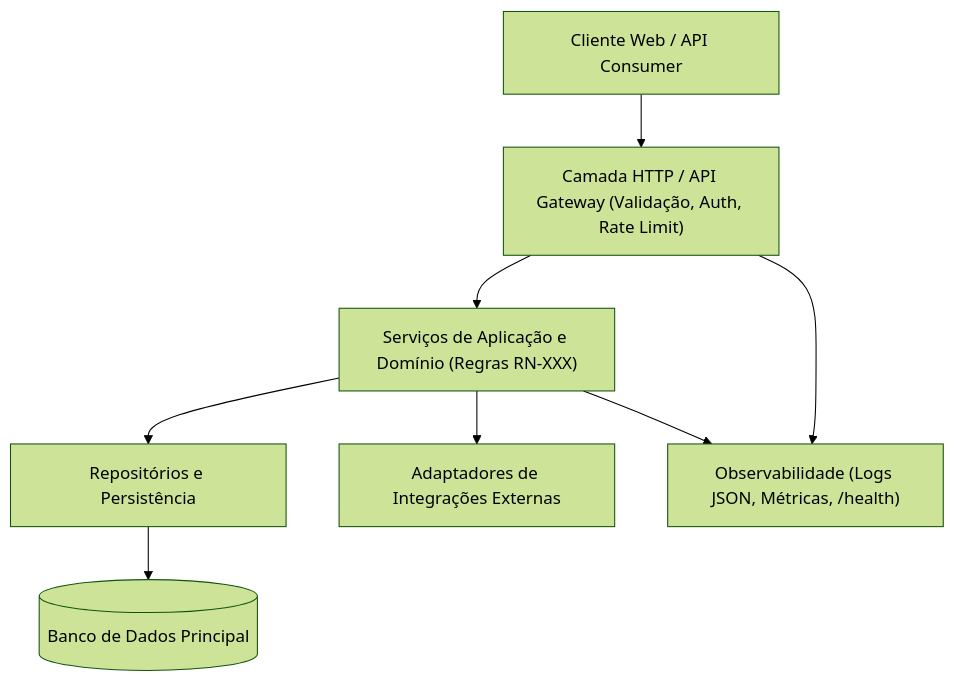
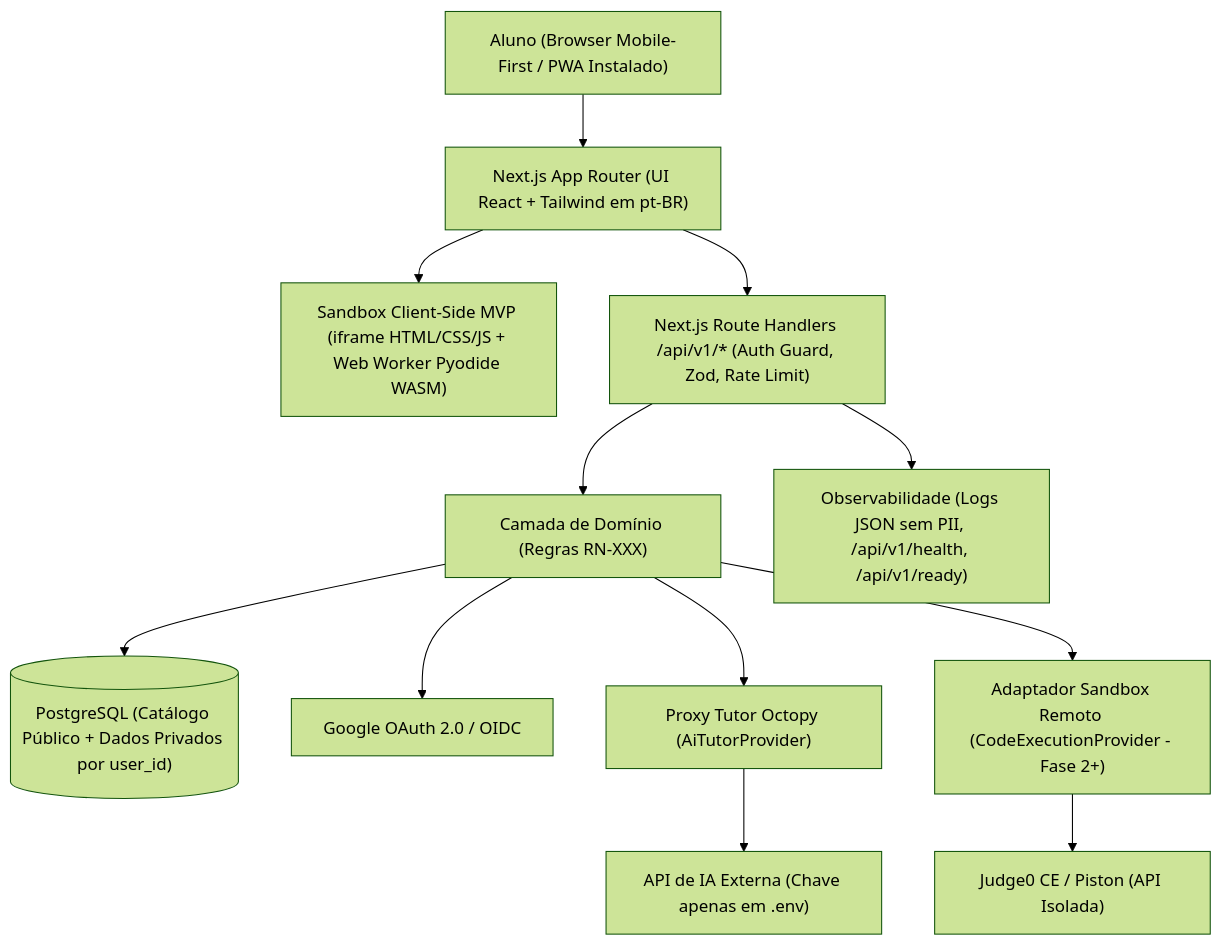
The diagram in docs/arquitetura.md (siriuszzz17/Codit), drawn with Mermaid (forest theme) before and after one commit. The commit also changed other lines of this file and 4 other files, not shown here.

````diff
--- a/docs/arquitetura.md
+++ b/docs/arquitetura.md
@@ -57,10 +50,14 @@
 ```mermaid
 flowchart TD
-    Cliente["Cliente Web / API Consumer"] --> Gateway["Camada HTTP / API Gateway (Validação, Auth, Rate Limit)"]
-    Gateway --> Dominio["Serviços de Aplicação e Domínio (Regras RN-XXX)"]
-    Dominio --> Persist["Repositórios e Persistência"]
-    Persist --> DB[("Banco de Dados Principal")]
-    Dominio --> Integracoes["Adaptadores de Integrações Externas"]
-    Gateway --> Obs["Observabilidade (Logs JSON, Métricas, /health)"]
-    Dominio --> Obs
+    User["Aluno (Browser Mobile-First / PWA Instalado)"] --> UI["Next.js App Router (UI React + Tailwind em pt-BR)"]
+    UI --> LocalSandbox["Sandbox Client-Side MVP (iframe HTML/CSS/JS + Web Worker Pyodide WASM)"]
+    UI --> API["Next.js Route Handlers /api/v1/* (Auth Guard, Zod, Rate Limit)"]
+    API --> Domain["Camada de Domínio (Regras RN-XXX)"]
+    Domain --> DB[("PostgreSQL (Catálogo Público + Dados Privados por user_id)")]
+    Domain --> Google["Google OAuth 2.0 / OIDC"]
+    Domain --> AiProxy["Proxy Tutor Octopy (AiTutorProvider)"]
+    AiProxy --> LLM["API de IA Externa (Chave apenas em .env)"]
+    Domain --> SandboxAdapter["Adaptador Sandbox Remoto (CodeExecutionProvider - Fase 2+)"]
+    SandboxAdapter --> RemoteRunner["Judge0 CE / Piston (API Isolada)"]
+    API --> Obs["Observabilidade (Logs JSON sem PII, /api/v1/health, /api/v1/ready)"]
 ```
````
